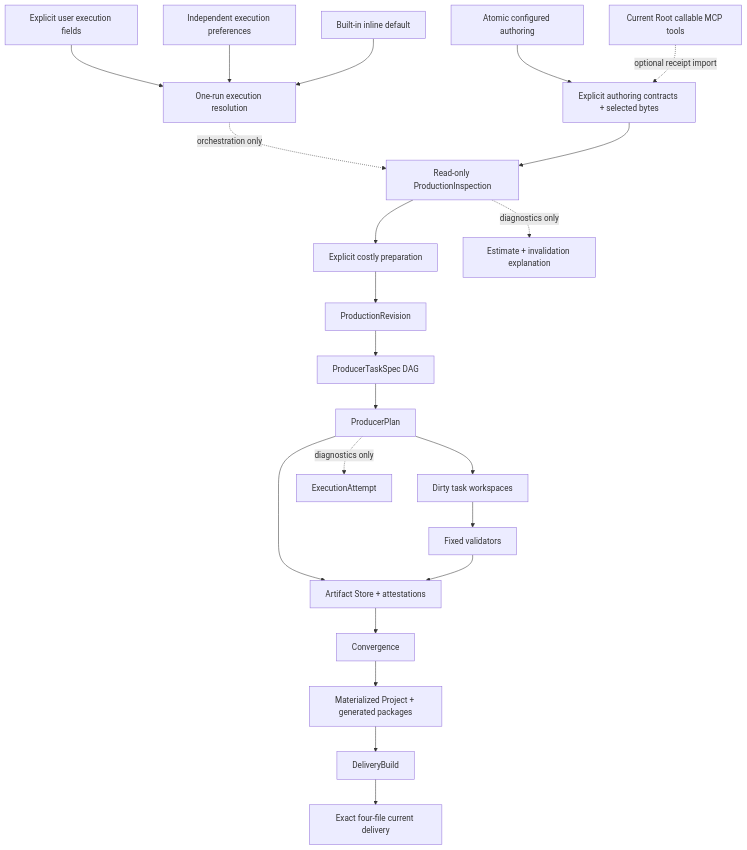
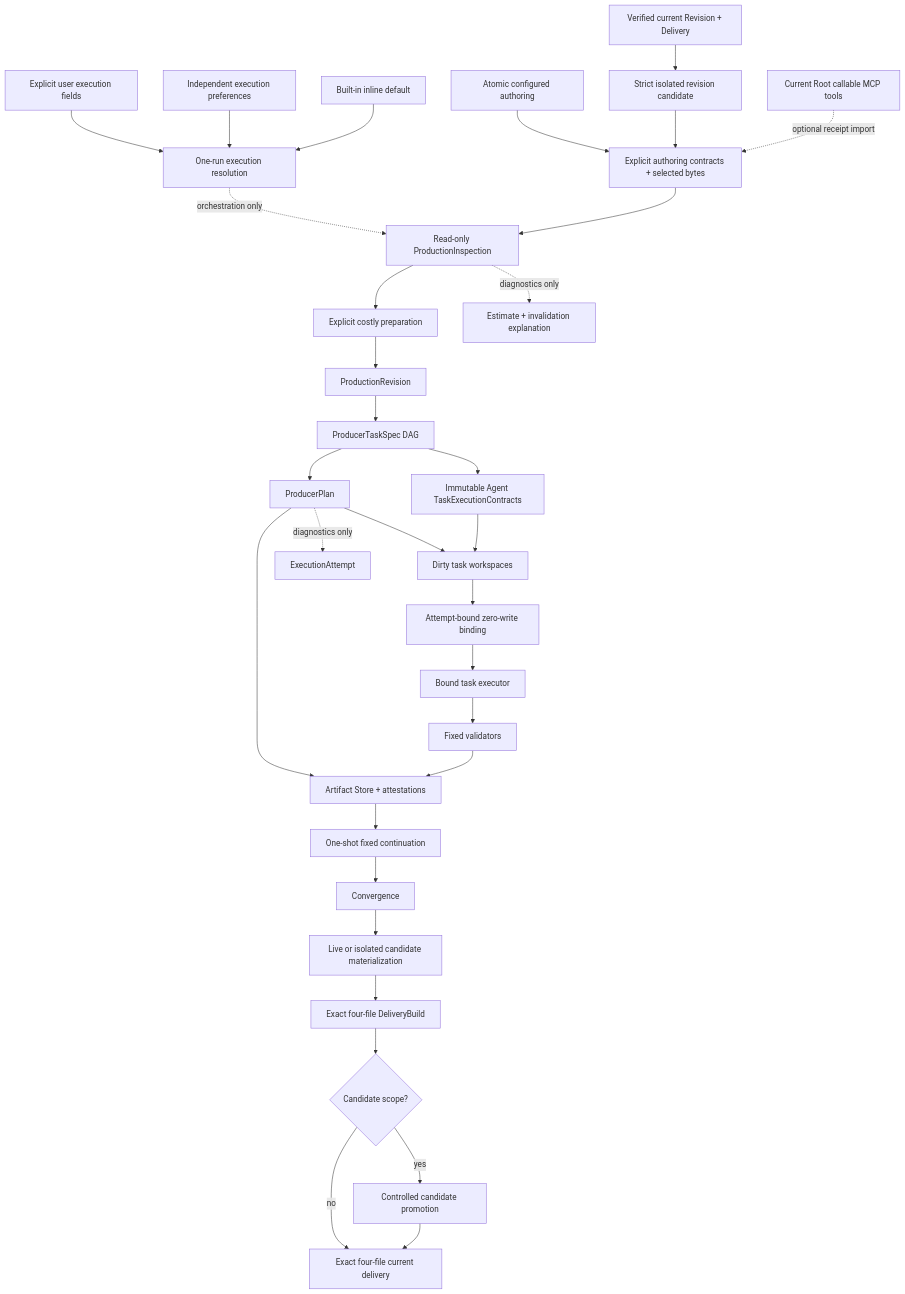
Before and after one commit to AXMORF/axmorf-studio: the diagram in docs/ARCHITECTURE.md, drawn with Mermaid. The commit also changed other lines of this file and 154 other files, not shown here.

Commit message:
feat(production): add revision and bound task workflows

````diff
--- a/docs/ARCHITECTURE.md
+++ b/docs/ARCHITECTURE.md
@@ -51,24 +52,34 @@
 ```mermaid
 flowchart TD
   Create[Atomic configured authoring] --> Inputs[Explicit authoring contracts + selected bytes]
+  Current[Verified current Revision + Delivery] --> Candidate[Strict isolated revision candidate]
+  Candidate --> Inputs
   AgentTools[Current Root callable MCP tools] -. optional receipt import .-> Inputs
   Prompt[Explicit user execution fields] --> Execution[One-run execution resolution]
   Settings[Independent execution preferences] --> Execution
   Builtin[Built-in inline default] --> Execution
   Execution -. orchestration only .-> Inspection
   Inputs --> Inspection[Read-only ProductionInspection]
   Inspection --> Prepare[Explicit costly preparation]
   Prepare --> Revision[ProductionRevision]
   Revision --> Tasks[ProducerTaskSpec DAG]
+  Tasks --> Contracts[Immutable Agent TaskExecutionContracts]
   Tasks --> Plan[ProducerPlan]
   Plan --> Work[Dirty task workspaces]
+  Contracts --> Work
   Plan --> Artifacts[Reused artifacts]
-  Work --> Validator[Fixed validators]
+  Work --> Bind[Attempt-bound zero-write binding]
+  Bind --> Executor[Bound task executor]
+  Executor --> Validator[Fixed validators]
   Validator --> Artifacts[Artifact Store + attestations]
-  Artifacts --> Converge[Convergence]
-  Converge --> Live[Materialized Project + generated packages]
-  Live --> Delivery[DeliveryBuild]
-  Delivery --> Current[Exact four-file current delivery]
+  Artifacts --> Continue[One-shot fixed continuation]
+  Continue --> Converge[Convergence]
+  Converge --> Scope[Live or isolated candidate materialization]
+  Scope --> Delivery[Exact four-file DeliveryBuild]
+  Delivery --> CandidateGate{Candidate scope?}
+  CandidateGate -->|no| DeliveryCurrent[Exact four-file current delivery]
+  CandidateGate -->|yes| Promote[Controlled candidate promotion]
+  Promote --> DeliveryCurrent
   Inspection -. diagnostics only .-> Explanation[Estimate + invalidation explanation]
   Plan -. diagnostics only .-> Attempt[ExecutionAttempt]
 ```
````
